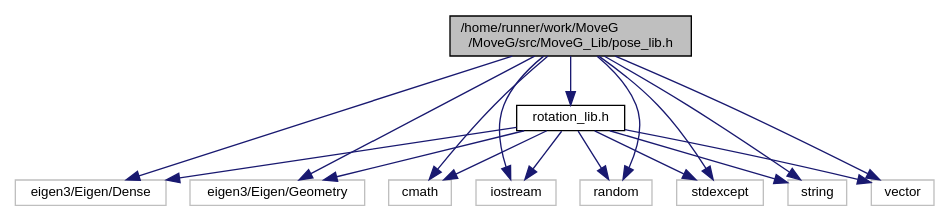
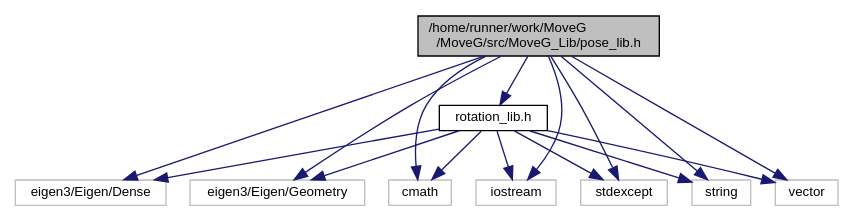
Before and after one commit to GiorgioMedico/MoveG: the diagram in pose__lib_8h__incl.dot, drawn with Graphviz. The commit also changed 46 other files, not shown here.

```diff
--- a/pose__lib_8h__incl.dot
+++ b/pose__lib_8h__incl.dot
@@ -1,33 +1,30 @@
 digraph "/home/runner/work/MoveG/MoveG/src/MoveG_Lib/pose_lib.h"
 {
  // LATEX_PDF_SIZE
   edge [fontname="Helvetica",fontsize="10",labelfontname="Helvetica",labelfontsize="10"];
   node [fontname="Helvetica",fontsize="10",shape=record];
   Node1 [label="/home/runner/work/MoveG\l/MoveG/src/MoveG_Lib/pose_lib.h",height=0.2,width=0.4,color="black", fillcolor="grey75", style="filled", fontcolor="black",tooltip="Classe per la rappresentazione di Pose."];
   Node1 -> Node2 [color="midnightblue",fontsize="10",style="solid",fontname="Helvetica"];
   Node2 [label="eigen3/Eigen/Dense",height=0.2,width=0.4,color="grey75", fillcolor="white", style="filled",tooltip=" "];
   Node1 -> Node3 [color="midnightblue",fontsize="10",style="solid",fontname="Helvetica"];
   Node3 [label="eigen3/Eigen/Geometry",height=0.2,width=0.4,color="grey75", fillcolor="white", style="filled",tooltip=" "];
   Node1 -> Node4 [color="midnightblue",fontsize="10",style="solid",fontname="Helvetica"];
   Node4 [label="cmath",height=0.2,width=0.4,color="grey75", fillcolor="white", style="filled",tooltip=" "];
   Node1 -> Node5 [color="midnightblue",fontsize="10",style="solid",fontname="Helvetica"];
   Node5 [label="iostream",height=0.2,width=0.4,color="grey75", fillcolor="white", style="filled",tooltip=" "];
   Node1 -> Node6 [color="midnightblue",fontsize="10",style="solid",fontname="Helvetica"];
-  Node6 [label="random",height=0.2,width=0.4,color="grey75", fillcolor="white", style="filled",tooltip=" "];
+  Node6 [label="stdexcept",height=0.2,width=0.4,color="grey75", fillcolor="white", style="filled",tooltip=" "];
   Node1 -> Node7 [color="midnightblue",fontsize="10",style="solid",fontname="Helvetica"];
-  Node7 [label="stdexcept",height=0.2,width=0.4,color="grey75", fillcolor="white", style="filled",tooltip=" "];
+  Node7 [label="string",height=0.2,width=0.4,color="grey75", fillcolor="white", style="filled",tooltip=" "];
   Node1 -> Node8 [color="midnightblue",fontsize="10",style="solid",fontname="Helvetica"];
-  Node8 [label="string",height=0.2,width=0.4,color="grey75", fillcolor="white", style="filled",tooltip=" "];
+  Node8 [label="vector",height=0.2,width=0.4,color="grey75", fillcolor="white", style="filled",tooltip=" "];
   Node1 -> Node9 [color="midnightblue",fontsize="10",style="solid",fontname="Helvetica"];
-  Node9 [label="vector",height=0.2,width=0.4,color="grey75", fillcolor="white", style="filled",tooltip=" "];
-  Node1 -> Node10 [color="midnightblue",fontsize="10",style="solid",fontname="Helvetica"];
-  Node10 [label="rotation_lib.h",height=0.2,width=0.4,color="black", fillcolor="white", style="filled",URL="$rotation__lib_8h.html",tooltip="Classe per la rappresentazione e manipolazione di rotazioni in 3D."];
-  Node10 -> Node2 [color="midnightblue",fontsize="10",style="solid",fontname="Helvetica"];
-  Node10 -> Node3 [color="midnightblue",fontsize="10",style="solid",fontname="Helvetica"];
-  Node10 -> Node4 [color="midnightblue",fontsize="10",style="solid",fontname="Helvetica"];
-  Node10 -> Node5 [color="midnightblue",fontsize="10",style="solid",fontname="Helvetica"];
-  Node10 -> Node6 [color="midnightblue",fontsize="10",style="solid",fontname="Helvetica"];
-  Node10 -> Node7 [color="midnightblue",fontsize="10",style="solid",fontname="Helvetica"];
-  Node10 -> Node8 [color="midnightblue",fontsize="10",style="solid",fontname="Helvetica"];
-  Node10 -> Node9 [color="midnightblue",fontsize="10",style="solid",fontname="Helvetica"];
+  Node9 [label="rotation_lib.h",height=0.2,width=0.4,color="black", fillcolor="white", style="filled",URL="$rotation__lib_8h.html",tooltip="Classe per la rappresentazione e manipolazione di rotazioni in 3D."];
+  Node9 -> Node2 [color="midnightblue",fontsize="10",style="solid",fontname="Helvetica"];
+  Node9 -> Node3 [color="midnightblue",fontsize="10",style="solid",fontname="Helvetica"];
+  Node9 -> Node4 [color="midnightblue",fontsize="10",style="solid",fontname="Helvetica"];
+  Node9 -> Node5 [color="midnightblue",fontsize="10",style="solid",fontname="Helvetica"];
+  Node9 -> Node6 [color="midnightblue",fontsize="10",style="solid",fontname="Helvetica"];
+  Node9 -> Node7 [color="midnightblue",fontsize="10",style="solid",fontname="Helvetica"];
+  Node9 -> Node8 [color="midnightblue",fontsize="10",style="solid",fontname="Helvetica"];
 }
```
